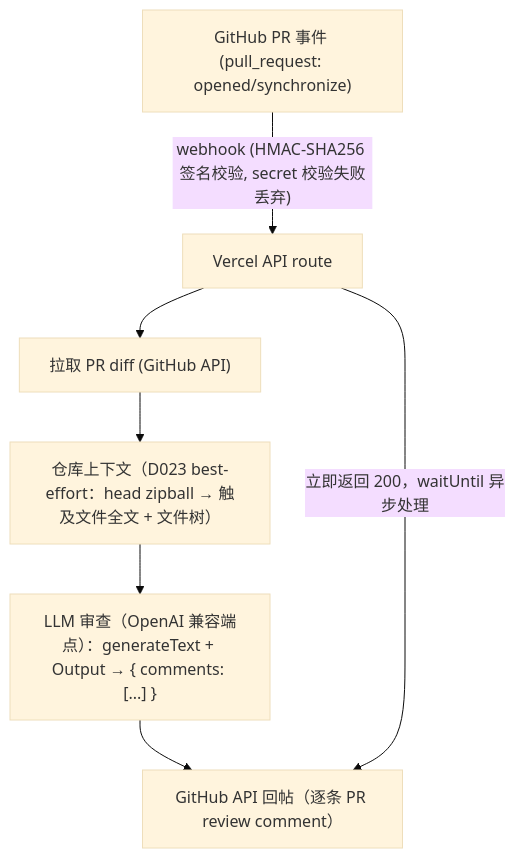
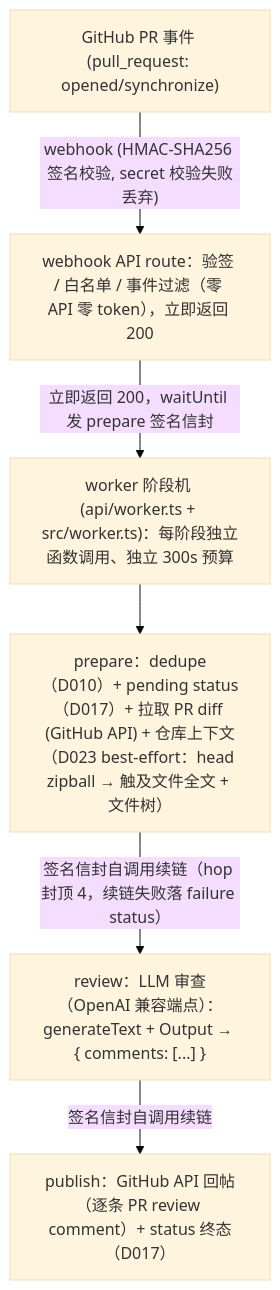
The diagram in docs/architecture.md (blingblingredstar/pr-review-agent), drawn with Mermaid (base theme) before and after one commit. The commit also changed other lines of this file and 11 other files, not shown here.

First line of the commit message:
feat: 真正异步化 worker 阶段机 + 签名信封续链（D026）

````diff
--- a/docs/architecture.md
+++ b/docs/architecture.md
@@ -7,9 +7,8 @@
 ```mermaid
 flowchart TD
-    A["GitHub PR 事件 (pull_request: opened/synchronize)"] -->|"webhook (HMAC-SHA256 签名校验, secret 校验失败丢弃)"| B["Vercel API route"]
-    B --> C["拉取 PR diff (GitHub API)"]
-    C --> D["仓库上下文（D023 best-effort：head zipball → 触及文件全文 + 文件树）"]
-    D --> E["LLM 审查（OpenAI 兼容端点）：generateText + Output → { comments: [...] }"]
-    E --> F["GitHub API 回帖（逐条 PR review comment）"]
-    B -->|"立即返回 200，waitUntil 异步处理"| F
+    A["GitHub PR 事件 (pull_request: opened/synchronize)"] -->|"webhook (HMAC-SHA256 签名校验, secret 校验失败丢弃)"| B["webhook API route：验签 / 白名单 / 事件过滤（零 API 零 token），立即返回 200"]
+    B -->|"立即返回 200，waitUntil 发 prepare 签名信封"| W["worker 阶段机 (api/worker.ts + src/worker.ts)：每阶段独立函数调用、独立 300s 预算"]
+    W --> P["prepare：dedupe（D010）+ pending status（D017）+ 拉取 PR diff (GitHub API) + 仓库上下文（D023 best-effort：head zipball → 触及文件全文 + 文件树）"]
+    P -->|"签名信封自调用续链（hop 封顶 4，续链失败落 failure status）"| R["review：LLM 审查（OpenAI 兼容端点）：generateText + Output → { comments: [...] }"]
+    R -->|"签名信封自调用续链"| PB["publish：GitHub API 回帖（逐条 PR review comment）+ status 终态（D017）"]
 ```
````
